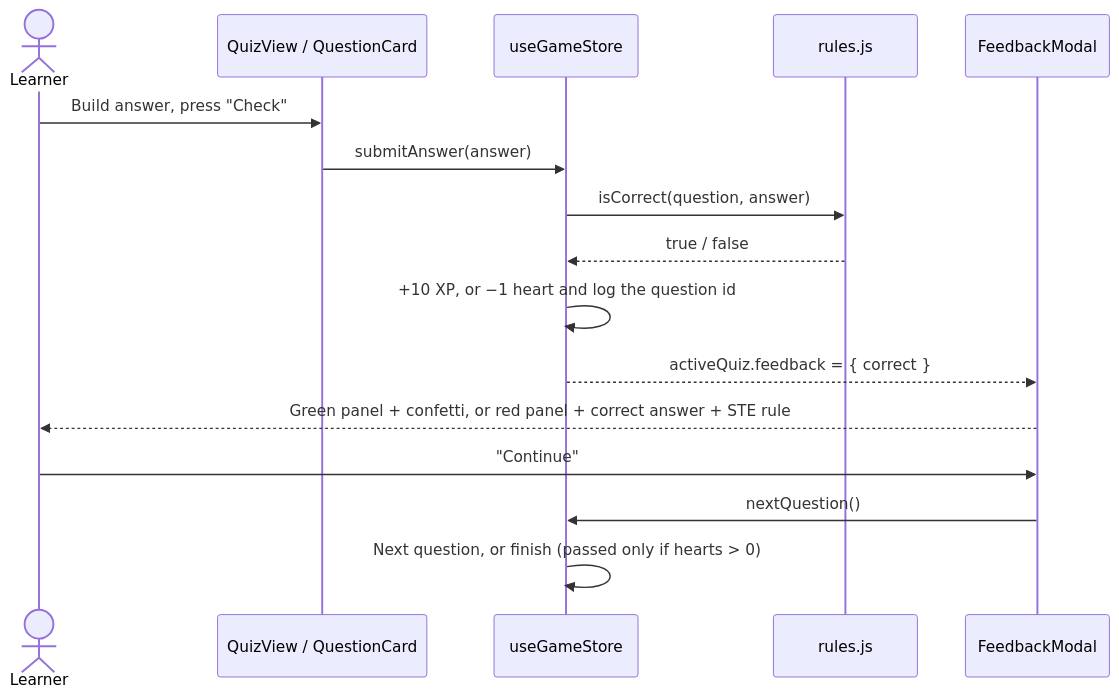
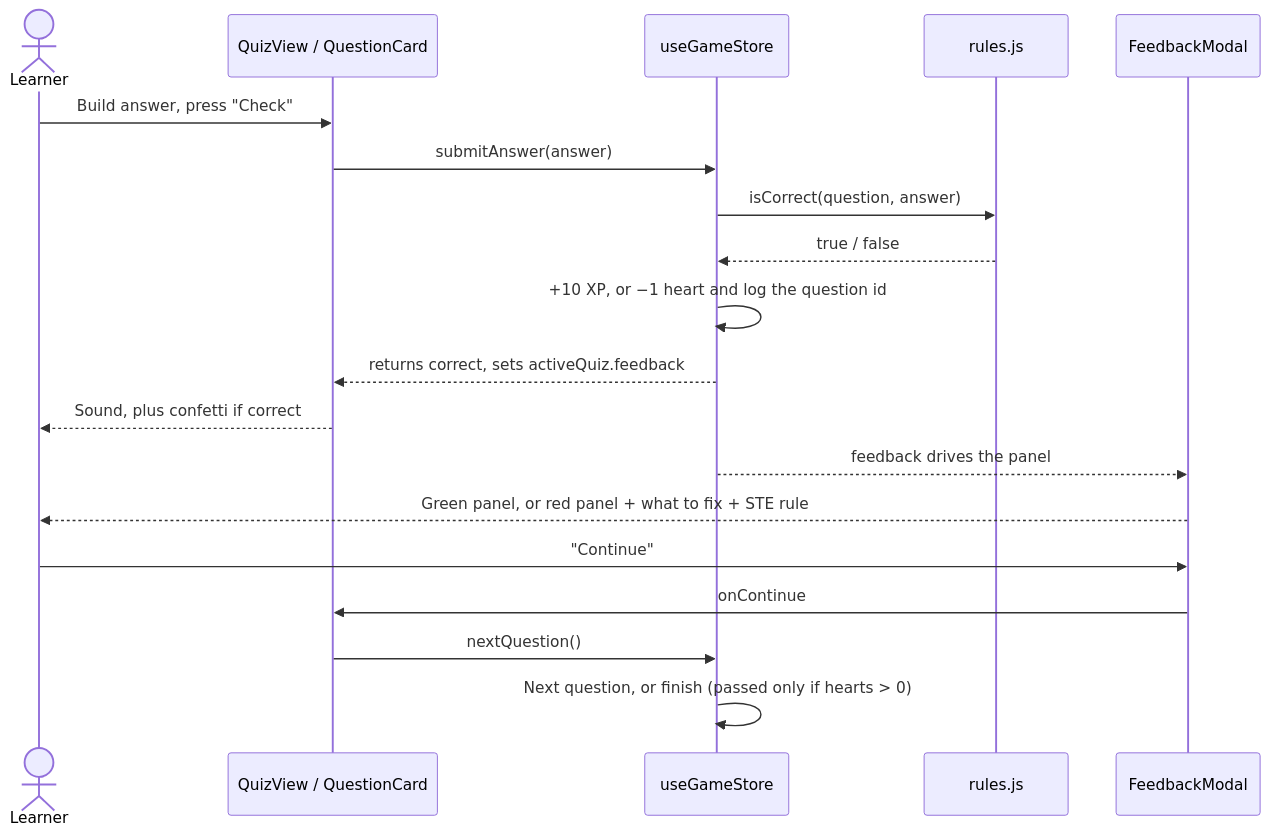
The second of 2 diagrams in README.md (JFrusher/STE-Lingo), drawn with Mermaid before and after one commit. The commit also changed other lines of this file and 12 other files, not shown here.

````diff
--- a/README.md
+++ b/README.md
@@ -66,19 +66,22 @@
 ```mermaid
 sequenceDiagram
   actor U as Learner
   participant Q as QuizView / QuestionCard
   participant S as useGameStore
   participant R as rules.js
   participant F as FeedbackModal
 
   U->>Q: Build answer, press "Check"
   Q->>S: submitAnswer(answer)
   S->>R: isCorrect(question, answer)
   R-->>S: true / false
   S->>S: +10 XP, or −1 heart and log the question id
-  S-->>F: activeQuiz.feedback = { correct }
-  F-->>U: Green panel + confetti, or red panel + correct answer + STE rule
+  S-->>Q: returns correct, sets activeQuiz.feedback
+  Q-->>U: Sound, plus confetti if correct
+  S-->>F: feedback drives the panel
+  F-->>U: Green panel, or red panel + what to fix + STE rule
   U->>F: "Continue"
-  F->>S: nextQuestion()
+  F->>Q: onContinue
+  Q->>S: nextQuestion()
   S->>S: Next question, or finish (passed only if hearts > 0)
 ```
````
